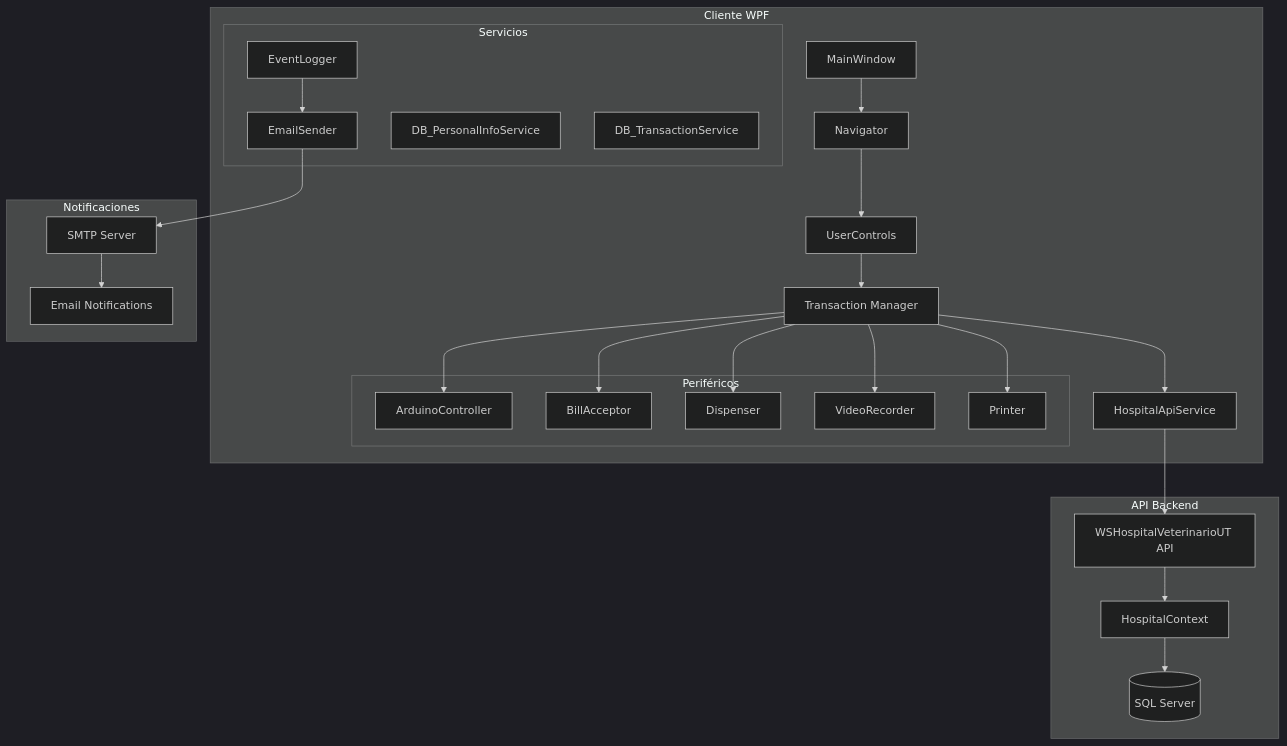
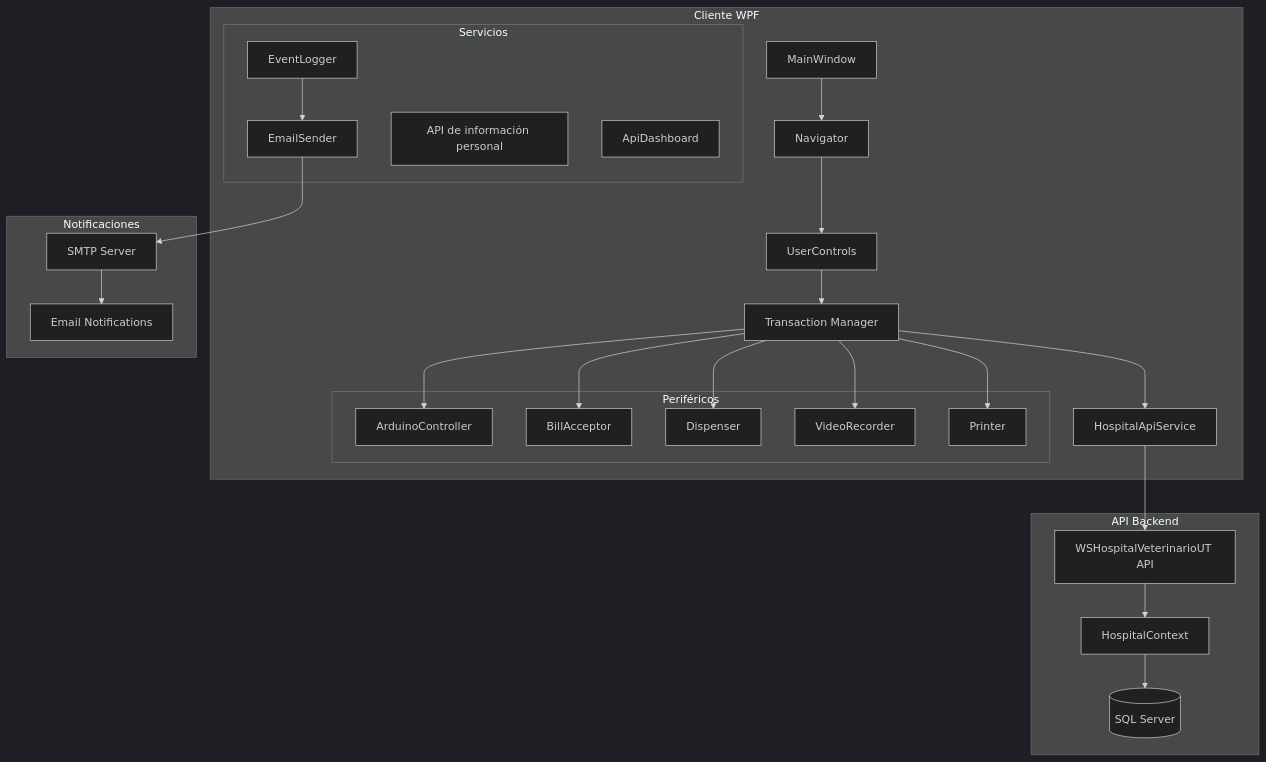
One commit to willianruiz-dev/CLEANCLODE changed the first of 5 diagrams in WPFUTHospitalVeterinario/README.md. Above: the diagram before and after it, drawn with Mermaid (dark theme). The commit also changed other lines of this file and 21 other files, not shown here.

````diff
--- a/WPFUTHospitalVeterinario/README.md
+++ b/WPFUTHospitalVeterinario/README.md
@@ -9,48 +9,48 @@
 ```mermaid
 graph TB
     subgraph "Cliente WPF"
         A[MainWindow] --> B[Navigator]
         B --> C[UserControls]
         C --> D[Transaction Manager]
         D --> E[HospitalApiService]
         
         subgraph "Periféricos"
             F[ArduinoController]
             G[BillAcceptor]
             H[Dispenser]
             I[VideoRecorder]
             J[Printer]
         end
         
         subgraph "Servicios"
             K[EventLogger]
             L[EmailSender]
-            M[DB_PersonalInfoService]
-            N[DB_TransactionService]
+            M[API de información personal]
+            N[ApiDashboard]
         end
     end
     
     subgraph "API Backend"
         O[WSHospitalVeterinarioUT API]
         P[HospitalContext]
         Q[(SQL Server)]
     end
     
     subgraph "Notificaciones"
         R[SMTP Server]
         S[Email Notifications]
     end
     
     E --> O
     O --> P
     P --> Q
     K --> L
     L --> R
     R --> S
     
     D --> F
     D --> G
     D --> H
     D --> I
     D --> J
 ```
````
